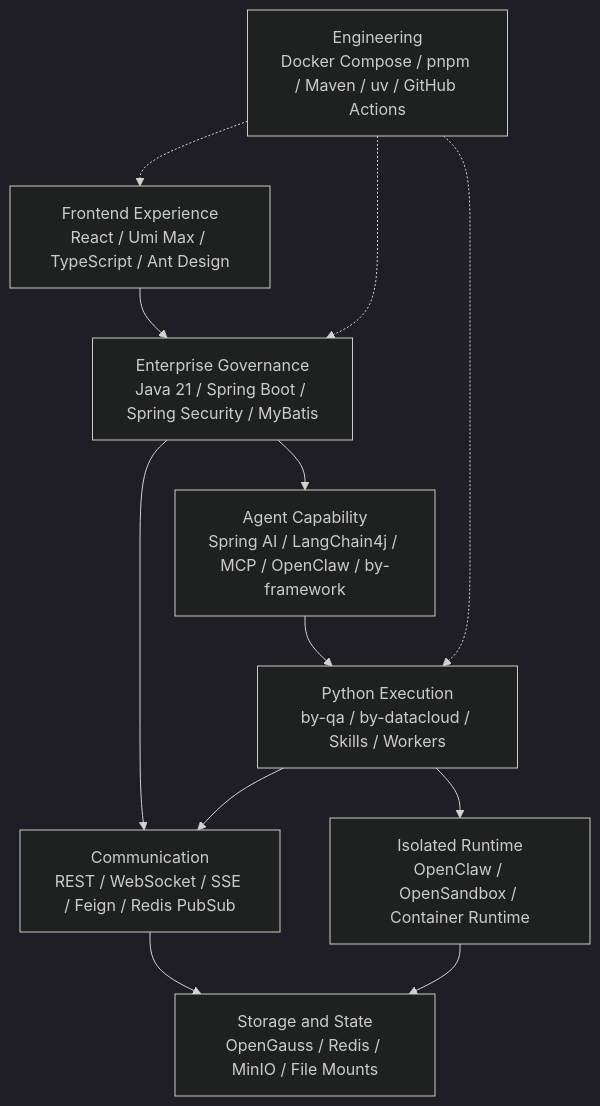
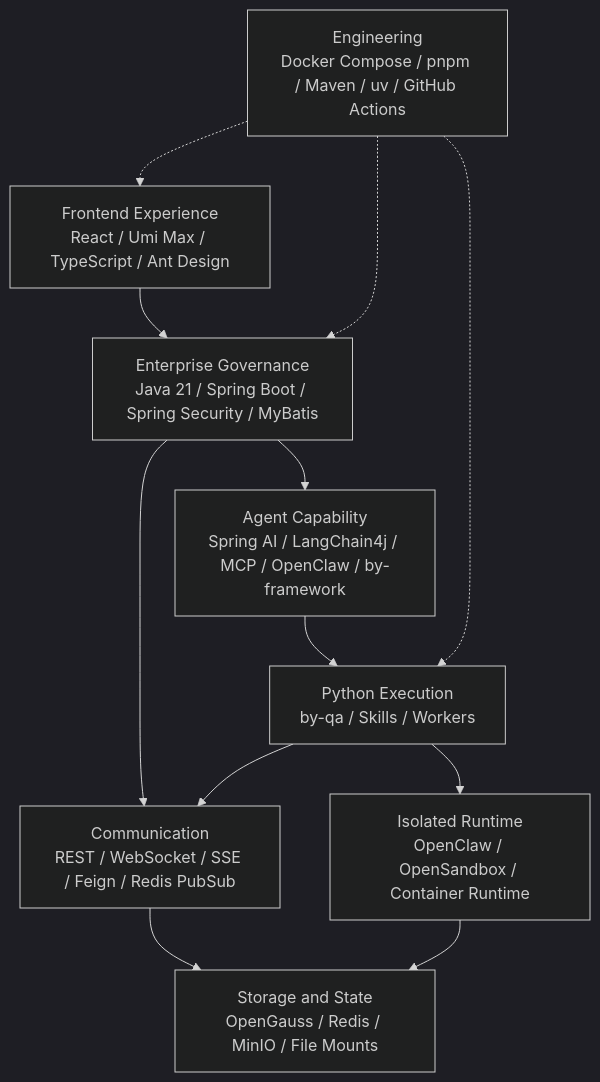
The third of 5 diagrams in README_EN.md (beyonai/ByClaw), drawn with Mermaid (dark theme) before and after one commit. The commit also changed other lines of this file and 1 other file, not shown here.

Commit message:
docs: remove byclaw-data from the architecture overview

````diff
--- a/README_EN.md
+++ b/README_EN.md
@@ -146,14 +142,14 @@
 ```mermaid
 flowchart TB
     ui["Frontend Experience<br/>React / Umi Max / TypeScript / Ant Design"] --> api["Enterprise Governance<br/>Java 21 / Spring Boot / Spring Security / MyBatis"]
     api --> agent["Agent Capability<br/>Spring AI / LangChain4j / MCP / OpenClaw / by-framework"]
-    agent --> py["Python Execution<br/>by-qa / by-datacloud / Skills / Workers"]
+    agent --> py["Python Execution<br/>by-qa / Skills / Workers"]
     api --> comm["Communication<br/>REST / WebSocket / SSE / Feign / Redis PubSub"]
     py --> comm
     comm --> storage["Storage and State<br/>OpenGauss / Redis / MinIO / File Mounts"]
     py --> runtime["Isolated Runtime<br/>OpenClaw / OpenSandbox / Container Runtime"]
     runtime --> storage
     devops["Engineering<br/>Docker Compose / pnpm / Maven / uv / GitHub Actions"] -.-> ui
     devops -.-> api
     devops -.-> py
 ```
````
